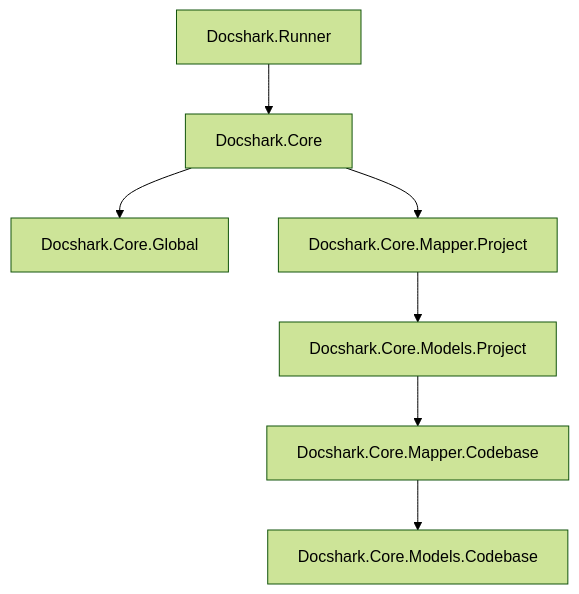
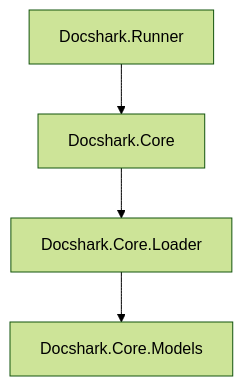
One commit to Chase-William/DotDocs changed the diagram in README.md. Above: the diagram before and after it, drawn with Mermaid (forest theme). The commit also changed other lines of this file and 3 other files, not shown here.

````diff
--- a/README.md
+++ b/README.md
@@ -7,9 +10,6 @@
 ```mermaid
 graph TD;
-Docshark.Core-->Docshark.Core.Global;
-Docshark.Core-->Docshark.Core.Mapper.Project;
-Docshark.Core.Mapper.Project-->Docshark.Core.Models.Project;
-Docshark.Core.Models.Project-->Docshark.Core.Mapper.Codebase;
-Docshark.Core.Mapper.Codebase-->Docshark.Core.Models.Codebase;
 Docshark.Runner-->Docshark.Core;
+Docshark.Core-->Docshark.Core.Loader;
+Docshark.Core.Loader-->Docshark.Core.Models;
 ```
````
